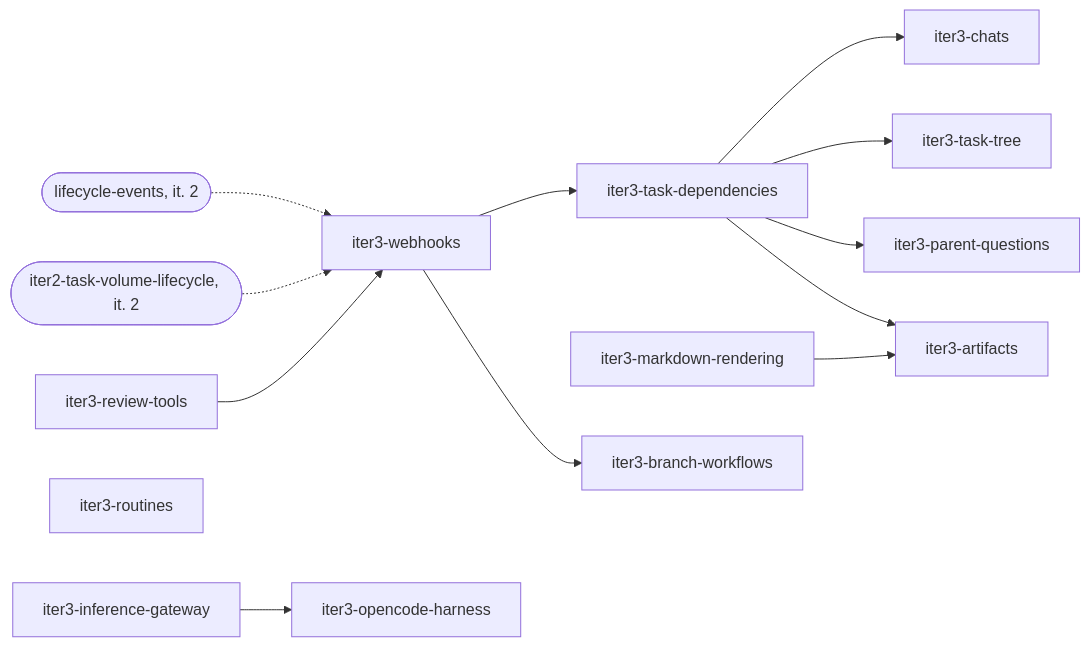
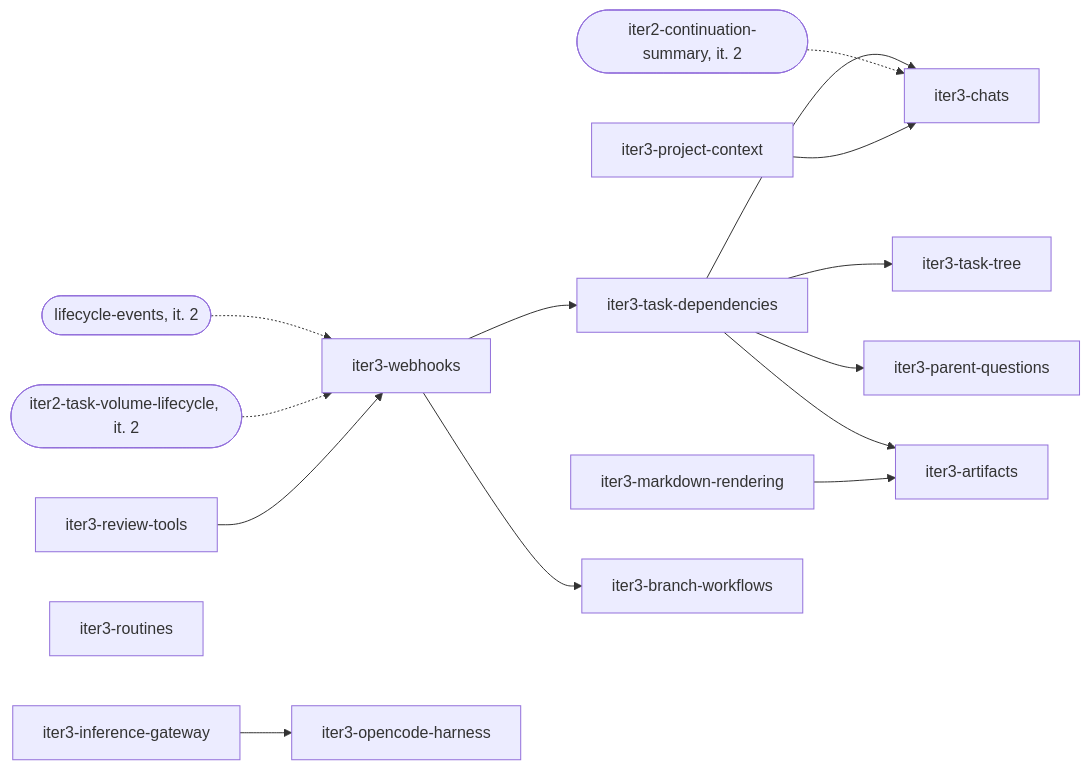
Before and after one commit to prskr/dark-factory: the diagram in product/iterations/iteration-3.md, drawn with Mermaid. The commit also changed other lines of this file and 6 other files, not shown here.

````diff
--- a/product/iterations/iteration-3.md
+++ b/product/iterations/iteration-3.md
@@ -35,15 +35,17 @@
 ```mermaid
 flowchart LR
   LE([lifecycle-events, it. 2]) -.-> WH
   TV([iter2-task-volume-lifecycle, it. 2]) -.-> WH
   RT[iter3-review-tools] --> WH[iter3-webhooks]
   WH --> TD[iter3-task-dependencies]
   TD --> CH[iter3-chats]
+  CS([iter2-continuation-summary, it. 2]) -.-> CH
+  PC[iter3-project-context] --> CH
   TD --> TT[iter3-task-tree]
   TD --> PQ[iter3-parent-questions]
   TD --> AR[iter3-artifacts]
   MR[iter3-markdown-rendering] --> AR
   WH --> BW[iter3-branch-workflows]
   RO[iter3-routines]
   IG[iter3-inference-gateway] --> OC[iter3-opencode-harness]
 ```
````
